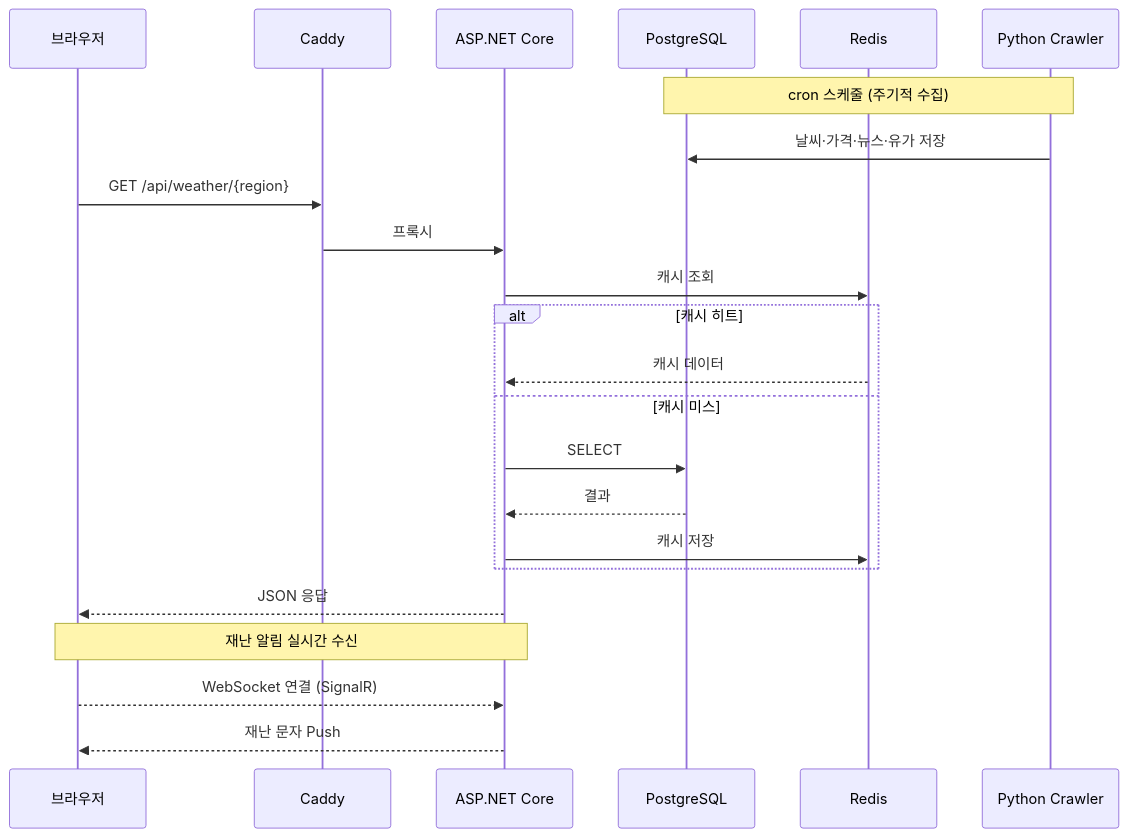
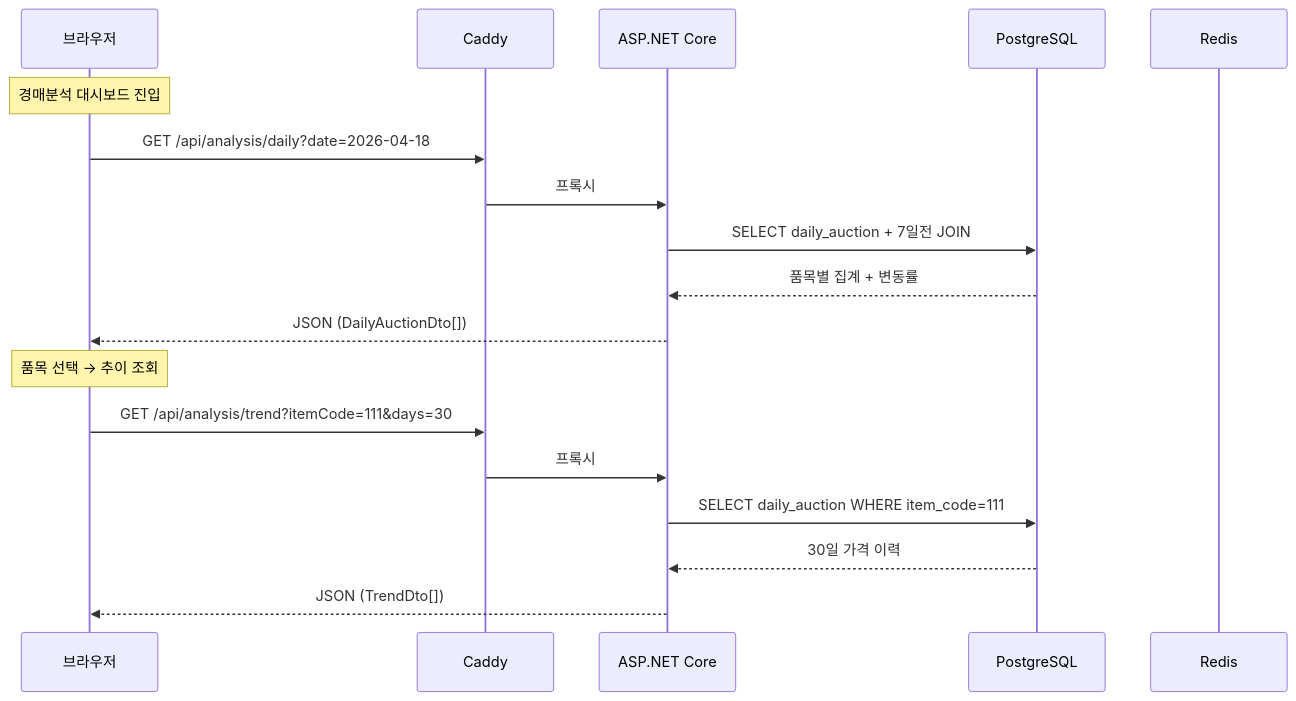
Before and after one commit to ygyun3937/agri-market-hub: the fifth of 7 diagrams in README.md, drawn with Mermaid. The commit also changed other lines of this file, not shown here.

First line of the commit message:
docs: README 경매분석 기능 추가 (머메이드 다이어그램 포함)

````diff
--- a/README.md
+++ b/README.md
@@ -132,28 +221,22 @@
 ```mermaid
 sequenceDiagram
     participant C as 브라우저
     participant Caddy
     participant API as ASP.NET Core
     participant DB as PostgreSQL
     participant Redis
-    participant Crawler as Python Crawler
 
-    Note over Crawler,DB: cron 스케줄 (주기적 수집)
-    Crawler->>DB: 날씨·가격·뉴스·유가 저장
+    Note over C: 경매분석 대시보드 진입
+    C->>Caddy: GET /api/analysis/daily?date=2026-04-18
+    Caddy->>API: 프록시
+    API->>DB: SELECT daily_auction + 7일전 JOIN
+    DB-->>API: 품목별 집계 + 변동률
+    API-->>C: JSON (DailyAuctionDto[])
 
-    C->>Caddy: GET /api/weather/{region}
+    Note over C: 품목 선택 → 추이 조회
+    C->>Caddy: GET /api/analysis/trend?itemCode=111&days=30
     Caddy->>API: 프록시
-    API->>Redis: 캐시 조회
-    alt 캐시 히트
-        Redis-->>API: 캐시 데이터
-    else 캐시 미스
-        API->>DB: SELECT
-        DB-->>API: 결과
-        API->>Redis: 캐시 저장
-    end
-    API-->>C: JSON 응답
-
-    Note over C,API: 재난 알림 실시간 수신
-    C-->>API: WebSocket 연결 (SignalR)
-    API-->>C: 재난 문자 Push
+    API->>DB: SELECT daily_auction WHERE item_code=111
+    DB-->>API: 30일 가격 이력
+    API-->>C: JSON (TrendDto[])
 ```
````
